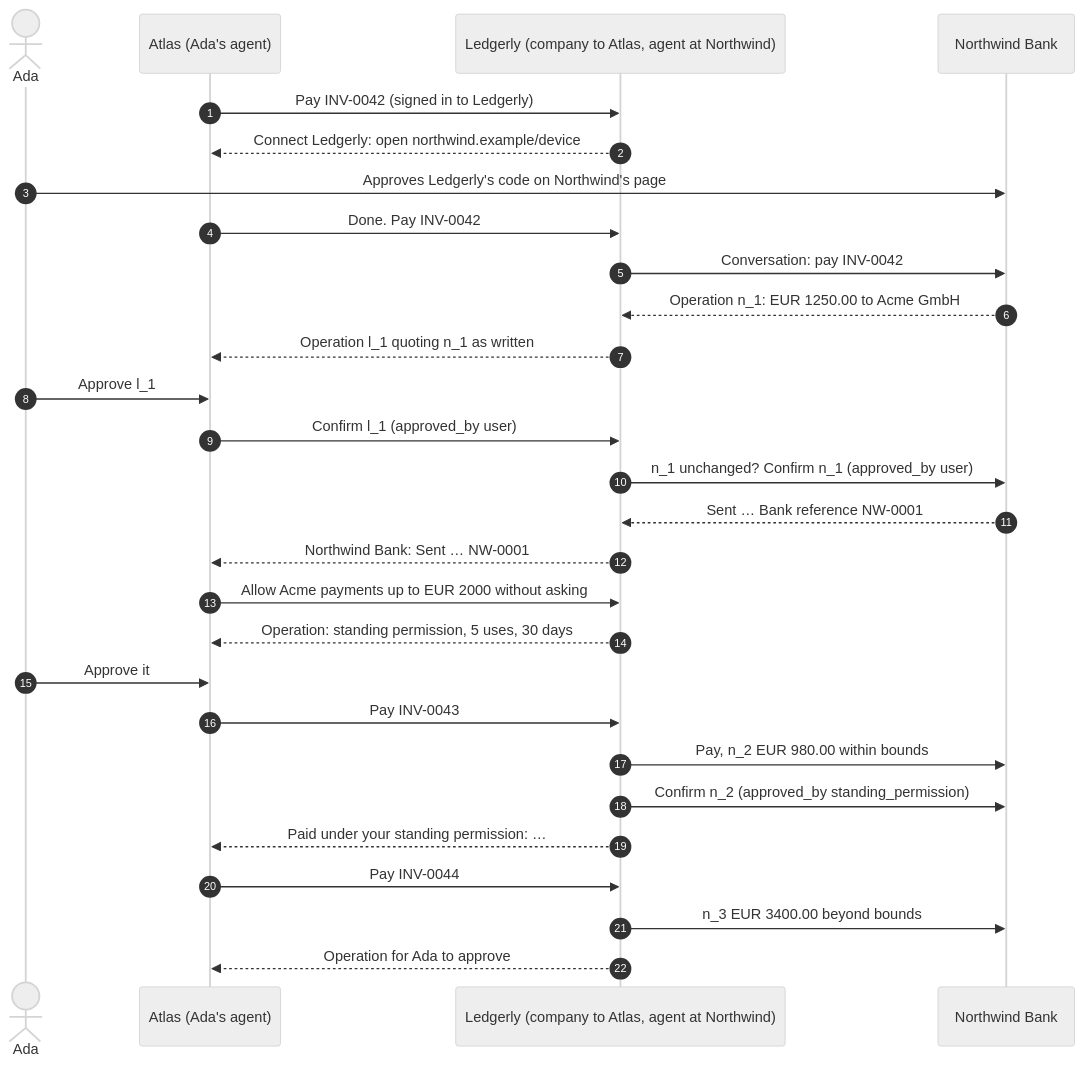
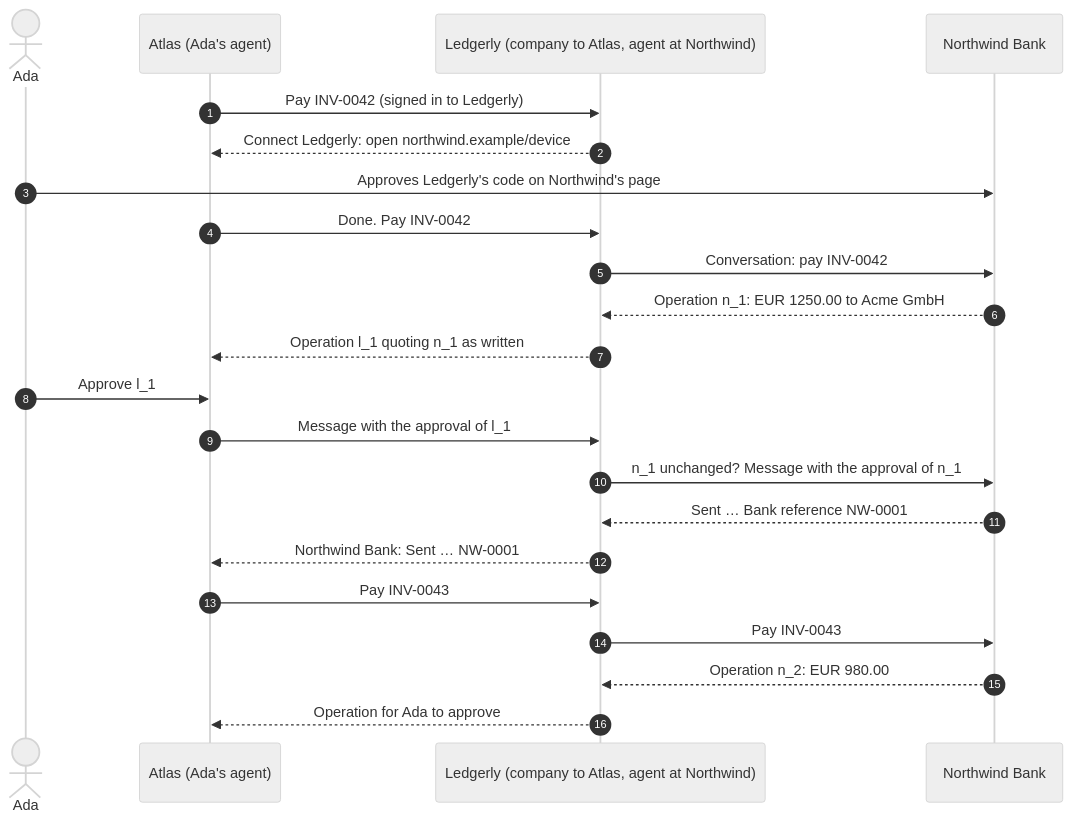
One commit to datalayer/personal-agent-protocol changed the diagram in docs/docs/examples/two-companies.mdx. Above: the diagram before and after it, drawn with Mermaid (neutral theme). The commit also changed other lines of this file and 29 other files, not shown here.

````diff
--- a/docs/docs/examples/two-companies.mdx
+++ b/docs/docs/examples/two-companies.mdx
@@ -26,30 +26,24 @@
 ```mermaid
 sequenceDiagram
   autonumber
   actor Ada
   participant Atlas as Atlas (Ada's agent)
   participant L as Ledgerly (company to Atlas, agent at Northwind)
   participant N as Northwind Bank
   Atlas->>L: Pay INV-0042 (signed in to Ledgerly)
   L-->>Atlas: Connect Ledgerly: open northwind.example/device
   Ada->>N: Approves Ledgerly's code on Northwind's page
   Atlas->>L: Done. Pay INV-0042
   L->>N: Conversation: pay INV-0042
   N-->>L: Operation n_1: EUR 1250.00 to Acme GmbH
   L-->>Atlas: Operation l_1 quoting n_1 as written
   Ada->>Atlas: Approve l_1
-  Atlas->>L: Confirm l_1 (approved_by user)
-  L->>N: n_1 unchanged? Confirm n_1 (approved_by user)
+  Atlas->>L: Message with the approval of l_1
+  L->>N: n_1 unchanged? Message with the approval of n_1
   N-->>L: Sent … Bank reference NW-0001
   L-->>Atlas: Northwind Bank: Sent … NW-0001
-  Atlas->>L: Allow Acme payments up to EUR 2000 without asking
-  L-->>Atlas: Operation: standing permission, 5 uses, 30 days
-  Ada->>Atlas: Approve it
   Atlas->>L: Pay INV-0043
-  L->>N: Pay, n_2 EUR 980.00 within bounds
-  L->>N: Confirm n_2 (approved_by standing_permission)
-  L-->>Atlas: Paid under your standing permission: …
-  Atlas->>L: Pay INV-0044
-  L->>N: n_3 EUR 3400.00 beyond bounds
+  L->>N: Pay INV-0043
+  N-->>L: Operation n_2: EUR 980.00
   L-->>Atlas: Operation for Ada to approve
 ```
````
